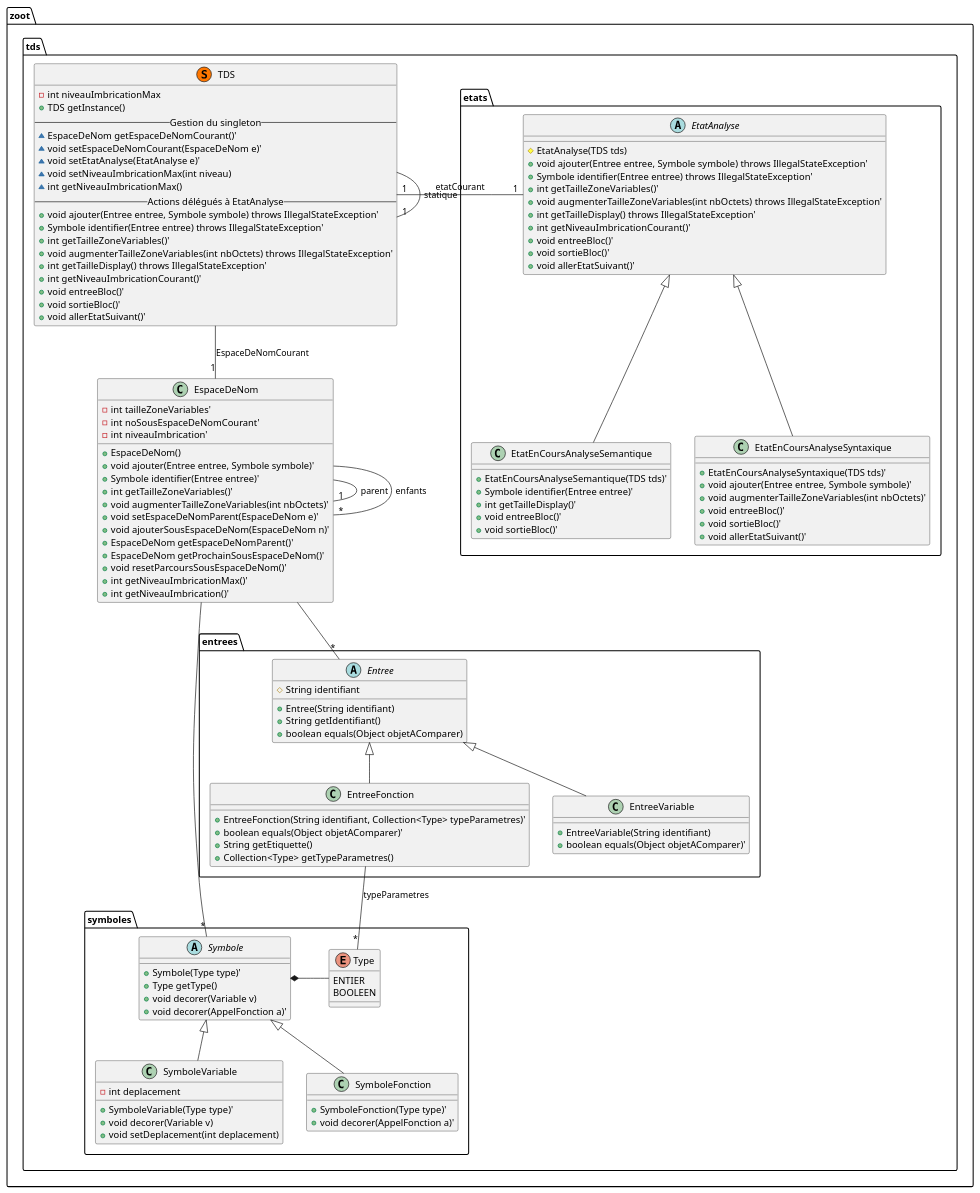
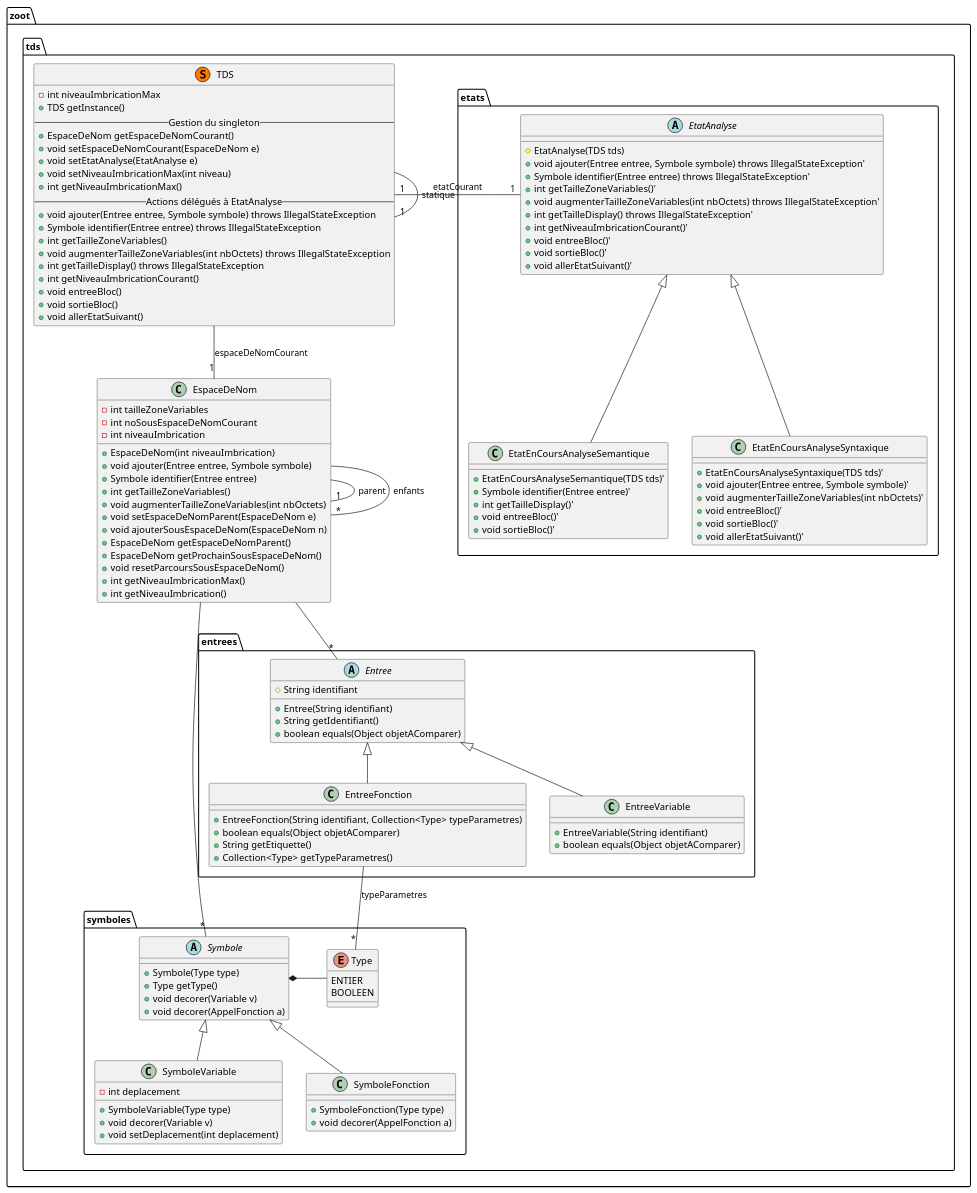
Before and after one commit to lmtb06/zoot: the diagram in diagrammes/classe/tds.puml, drawn with PlantUML. The commit also changed 9 other files, not shown here.

```diff
--- a/diagrammes/classe/tds.puml
+++ b/diagrammes/classe/tds.puml
@@ -1,144 +1,144 @@
 @startuml "tds"
 
 namespace zoot.tds {
   ' Includes
 
   ' Classes
   class TDS << (S,#FF7700) >> {
     - int niveauImbricationMax
     + TDS getInstance()
     -- Gestion du singleton --
-    ~ EspaceDeNom getEspaceDeNomCourant()'
-    ~ void setEspaceDeNomCourant(EspaceDeNom e)'
-    ~ void setEtatAnalyse(EtatAnalyse e)'
-    ~ void setNiveauImbricationMax(int niveau)
-    ~ int getNiveauImbricationMax()
+    + EspaceDeNom getEspaceDeNomCourant()
+    + void setEspaceDeNomCourant(EspaceDeNom e)
+    + void setEtatAnalyse(EtatAnalyse e)
+    + void setNiveauImbricationMax(int niveau)
+    + int getNiveauImbricationMax()
     -- Actions délégués à EtatAnalyse --
-    + void ajouter(Entree entree, Symbole symbole) throws IllegalStateException'
-    + Symbole identifier(Entree entree) throws IllegalStateException'
-    + int getTailleZoneVariables()'
-    + void augmenterTailleZoneVariables(int nbOctets) throws IllegalStateException'
-    + int getTailleDisplay() throws IllegalStateException'
-    + int getNiveauImbricationCourant()'
-    + void entreeBloc()'
-    + void sortieBloc()'
-    + void allerEtatSuivant()'
+    + void ajouter(Entree entree, Symbole symbole) throws IllegalStateException
+    + Symbole identifier(Entree entree) throws IllegalStateException
+    + int getTailleZoneVariables()
+    + void augmenterTailleZoneVariables(int nbOctets) throws IllegalStateException
+    + int getTailleDisplay() throws IllegalStateException
+    + int getNiveauImbricationCourant()
+    + void entreeBloc()
+    + void sortieBloc()
+    + void allerEtatSuivant()
   }
 
   class EspaceDeNom {
-    - int tailleZoneVariables'
-    - int noSousEspaceDeNomCourant'
-    - int niveauImbrication'
-    + EspaceDeNom()
-    + void ajouter(Entree entree, Symbole symbole)'
-    + Symbole identifier(Entree entree)'
-    + int getTailleZoneVariables()'
-    + void augmenterTailleZoneVariables(int nbOctets)'
-    + void setEspaceDeNomParent(EspaceDeNom e)'
-    + void ajouterSousEspaceDeNom(EspaceDeNom n)'
-    + EspaceDeNom getEspaceDeNomParent()'
-    + EspaceDeNom getProchainSousEspaceDeNom()'
-    + void resetParcoursSousEspaceDeNom()'
-    + int getNiveauImbricationMax()'
-    + int getNiveauImbrication()'
+    - int tailleZoneVariables
+    - int noSousEspaceDeNomCourant
+    - int niveauImbrication
+    + EspaceDeNom(int niveauImbrication)
+    + void ajouter(Entree entree, Symbole symbole)
+    + Symbole identifier(Entree entree)
+    + int getTailleZoneVariables()
+    + void augmenterTailleZoneVariables(int nbOctets)
+    + void setEspaceDeNomParent(EspaceDeNom e)
+    + void ajouterSousEspaceDeNom(EspaceDeNom n)
+    + EspaceDeNom getEspaceDeNomParent()
+    + EspaceDeNom getProchainSousEspaceDeNom()
+    + void resetParcoursSousEspaceDeNom()
+    + int getNiveauImbricationMax()
+    + int getNiveauImbrication()
   }
 
   namespace etats {
     abstract EtatAnalyse {
       # EtatAnalyse(TDS tds)
       + void ajouter(Entree entree, Symbole symbole) throws IllegalStateException'
       + Symbole identifier(Entree entree) throws IllegalStateException'
       + int getTailleZoneVariables()'
       + void augmenterTailleZoneVariables(int nbOctets) throws IllegalStateException'
       + int getTailleDisplay() throws IllegalStateException'
       + int getNiveauImbricationCourant()'
       + void entreeBloc()'
       + void sortieBloc()'
       + void allerEtatSuivant()'
     }
 
     class EtatEnCoursAnalyseSyntaxique {
       + EtatEnCoursAnalyseSyntaxique(TDS tds)'
       + void ajouter(Entree entree, Symbole symbole)'
       + void augmenterTailleZoneVariables(int nbOctets)'
       + void entreeBloc()'
       + void sortieBloc()'
       + void allerEtatSuivant()'
     }
 
     class EtatEnCoursAnalyseSemantique {
       + EtatEnCoursAnalyseSemantique(TDS tds)'
       + Symbole identifier(Entree entree)'
       + int getTailleDisplay()'
       + void entreeBloc()'
       + void sortieBloc()'
     }
   }
 
 
   namespace entrees {
     abstract class Entree {
       # String identifiant
       + Entree(String identifiant)
       + String getIdentifiant()
       + boolean equals(Object objetAComparer)
     }
 
     class EntreeVariable {
       + EntreeVariable(String identifiant)
-      + boolean equals(Object objetAComparer)'
+      + boolean equals(Object objetAComparer)
     }
 
     class EntreeFonction {
-      + EntreeFonction(String identifiant, Collection<Type> typeParametres)'
-      + boolean equals(Object objetAComparer)'
+      + EntreeFonction(String identifiant, Collection<Type> typeParametres)
+      + boolean equals(Object objetAComparer)
       + String getEtiquette()
       + Collection<Type> getTypeParametres()
     }
   }
 
   namespace symboles {
     abstract class Symbole {
-      + Symbole(Type type)'
+      + Symbole(Type type)
       + Type getType()
       + void decorer(Variable v)
-      + void decorer(AppelFonction a)'
+      + void decorer(AppelFonction a)
     }
 
     class SymboleVariable {
       - int deplacement
-      + SymboleVariable(Type type)'
+      + SymboleVariable(Type type)
       + void decorer(Variable v)
       + void setDeplacement(int deplacement)
     }
 
     class SymboleFonction {
-      + SymboleFonction(Type type)'
-      + void decorer(AppelFonction a)'
+      + SymboleFonction(Type type)
+      + void decorer(AppelFonction a)
     }
 
     enum Type {
       ENTIER
       BOOLEEN
     }
   }
 
   ' Relations entre les classes
   TDS --"1" TDS : statique
-  TDS --"1" EspaceDeNom : EspaceDeNomCourant
+  TDS --"1" EspaceDeNom : espaceDeNomCourant
   TDS "1"-left-"1" EtatAnalyse : etatCourant
   EspaceDeNom --"*" Entree
   EspaceDeNom --"*" Symbole
   Symbole *-left- Type
   SymboleVariable -up-|> Symbole
   EntreeVariable -up-|> Entree
   SymboleFonction -up-|> Symbole
   EntreeFonction -up-|> Entree
   EntreeFonction --"*" Type : typeParametres
   EtatEnCoursAnalyseSemantique -up-|> EtatAnalyse
   EtatEnCoursAnalyseSyntaxique -up-|> EtatAnalyse
   EspaceDeNom --"1" EspaceDeNom : parent
   EspaceDeNom --"*" EspaceDeNom : enfants
 }
 
 @enduml
```
